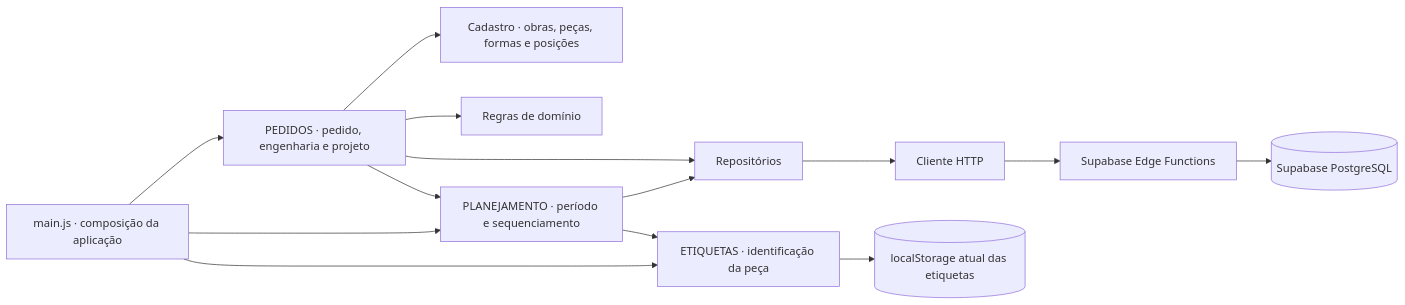
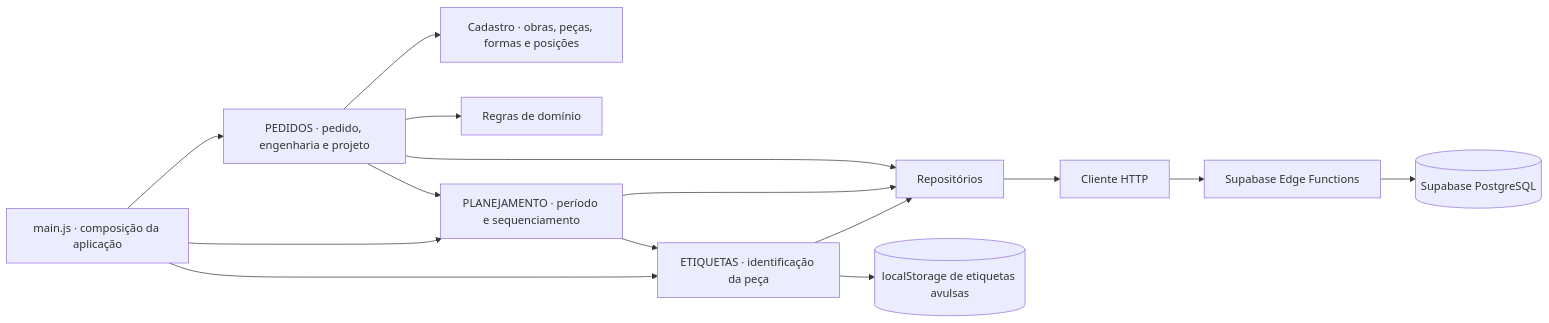
One commit to Prelux-Eng/preluxtag changed the diagram in docs/ARCHITECTURE.md. Above: the diagram before and after it, drawn with Mermaid. The commit also changed other lines of this file and 15 other files, not shown here.

````diff
--- a/docs/ARCHITECTURE.md
+++ b/docs/ARCHITECTURE.md
@@ -29,28 +29,29 @@
 ```mermaid
 flowchart LR
   MAIN[main.js · composição da aplicação]
   ORDERS[PEDIDOS · pedido, engenharia e projeto]
   CADASTRO[Cadastro · obras, peças, formas e posições]
   PLAN[PLANEJAMENTO · período e sequenciamento]
   LABEL[ETIQUETAS · identificação da peça]
   DOMAIN[Regras de domínio]
   REPOS[Repositórios]
   API[Cliente HTTP]
   EDGE[Supabase Edge Functions]
   DB[(Supabase PostgreSQL)]
-  LOCAL[(localStorage atual das etiquetas)]
+  LOCAL[(localStorage de etiquetas avulsas)]
 
   MAIN --> ORDERS
   MAIN --> PLAN
   MAIN --> LABEL
   ORDERS --> CADASTRO
   ORDERS --> DOMAIN
   PLAN --> REPOS
   ORDERS --> REPOS
   REPOS --> API
   API --> EDGE
   EDGE --> DB
+  LABEL --> REPOS
   LABEL --> LOCAL
   ORDERS --> PLAN
   PLAN --> LABEL
 ```
````
